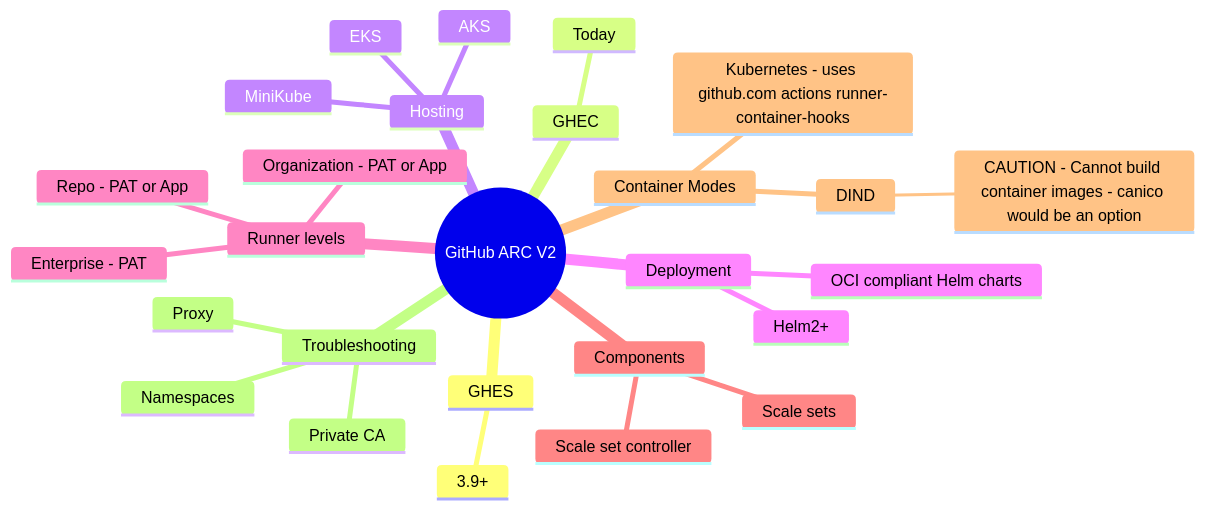
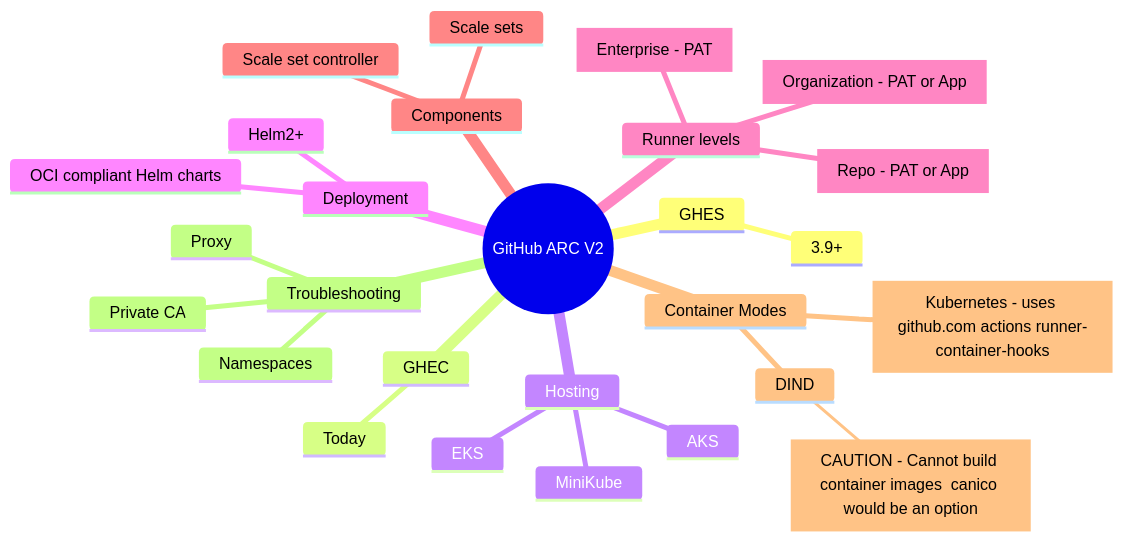
Before and after one commit to gitstua/Mindmaps: the diagram in GitHub-ARC-v2-mindmap.md, drawn with Mermaid. The commit also changed other lines of this file, not shown here.

````diff
--- a/GitHub-ARC-v2-mindmap.md
+++ b/GitHub-ARC-v2-mindmap.md
@@ -3,31 +4,31 @@
 ```mermaid
 mindmap
   root((GitHub ARC V2))
     GHES
       3.9+
     GHEC
       Today
     Hosting
       AKS
       EKS
       MiniKube
     Deployment
       Helm2+
       OCI compliant Helm charts
     Runner levels
-      Enterprise - PAT
-      Organization - PAT or App
-      Repo - PAT or App
+      [Enterprise - PAT]
+      [Organization - PAT or App]
+      [Repo - PAT or App]
     Components
       Scale set controller
       Scale sets
     Container Modes
       DIND
-        CAUTION - Cannot build container images - canico would be an option
-      Kubernetes - uses github.com actions runner-container-hooks
+        [CAUTION - Cannot build container images  canico would be an option]
+      [Kubernetes - uses github.com actions runner-container-hooks]
     Troubleshooting
       Namespaces
       Private CA
-      Proxy  
-      
+      Proxy        
+
 ```
````
